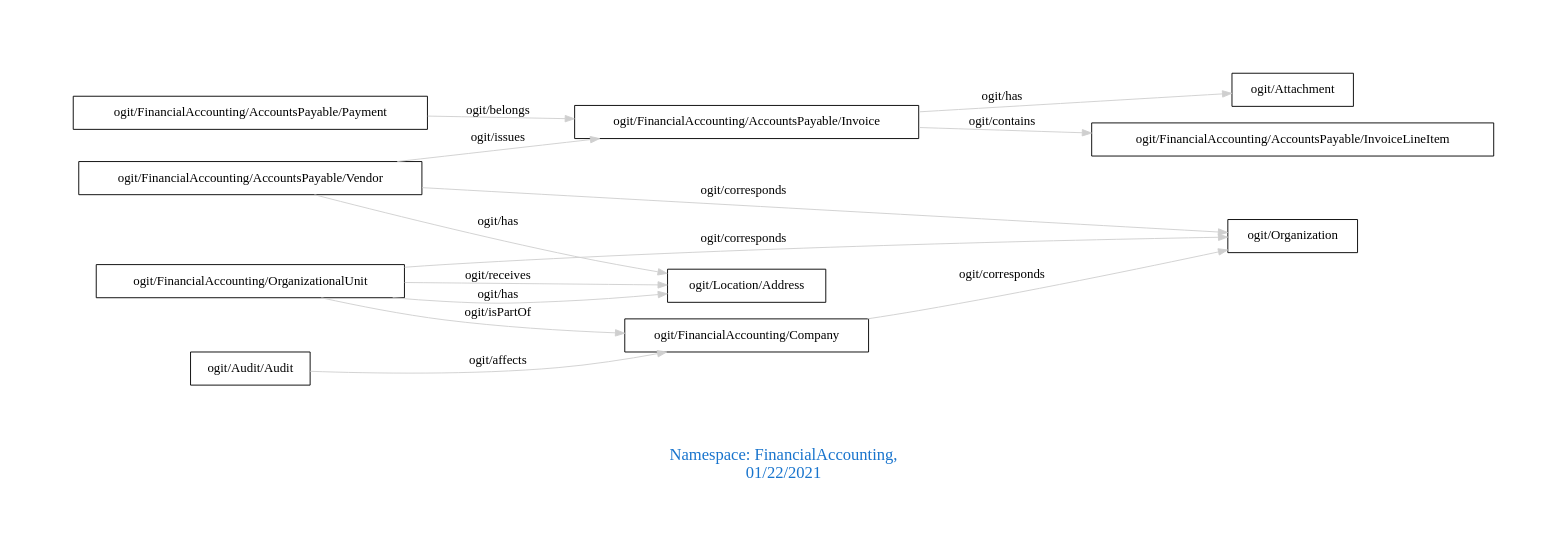
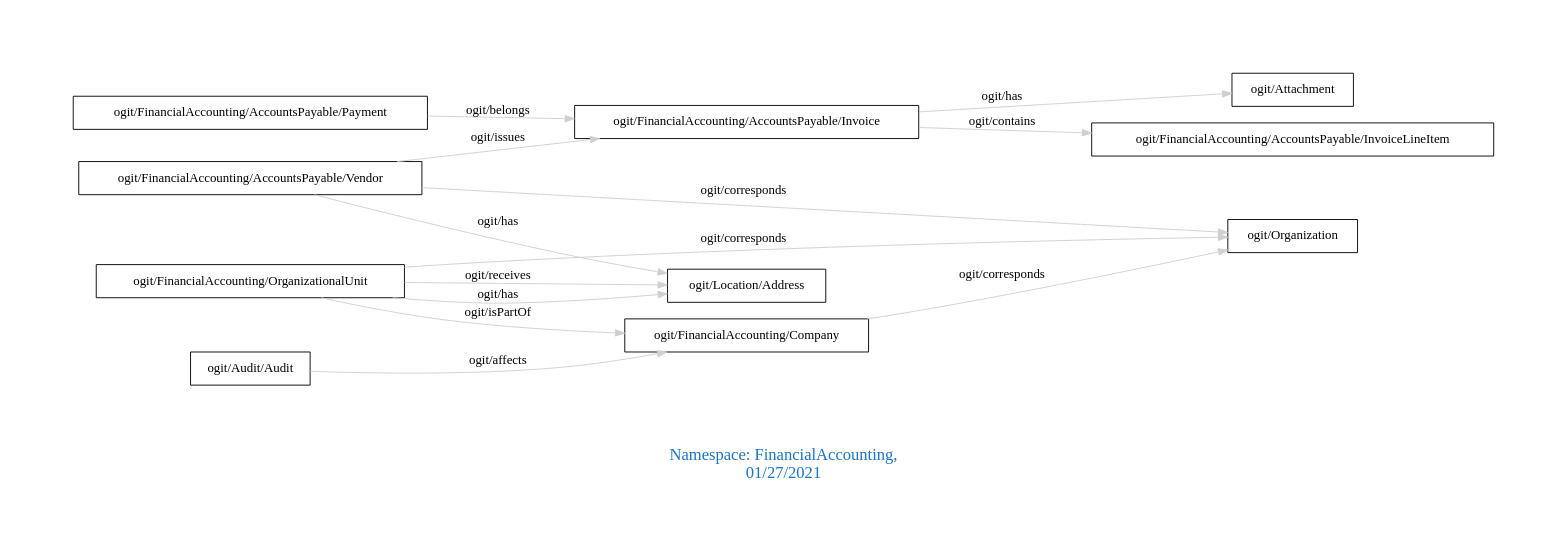
The diagram in downloads/FinancialAccounting.dot (arago/OGIT), drawn with Graphviz before and after one commit. The commit also changed 1838 other files, not shown here.

```diff
--- a/downloads/FinancialAccounting.dot
+++ b/downloads/FinancialAccounting.dot
@@ -1,20 +1,20 @@
 digraph OGIT_ontology {
  graph [ rankdir= LR,pad=1 
 fontsize = 18,
-fontcolor= dodgerblue3,label = "\n\n\nNamespace: FinancialAccounting, \n 01/22/2021"];
+fontcolor= dodgerblue3,label = "\n\n\nNamespace: FinancialAccounting, \n 01/27/2021"];
 node[shape=polygon];
 edge [  color="gray81"];
 
    "ogit/FinancialAccounting/AccountsPayable/Invoice" -> "ogit/FinancialAccounting/AccountsPayable/InvoiceLineItem" [label="   ogit/contains    "];
    "ogit/FinancialAccounting/AccountsPayable/Vendor" -> "ogit/Organization" [label="   ogit/corresponds    "];
    "ogit/FinancialAccounting/Company" -> "ogit/Organization" [label="   ogit/corresponds    "];
    "ogit/FinancialAccounting/OrganizationalUnit" -> "ogit/Organization" [label="   ogit/corresponds    "];
    "ogit/FinancialAccounting/AccountsPayable/Vendor" -> "ogit/FinancialAccounting/AccountsPayable/Invoice" [label="   ogit/issues    "];
    "ogit/Audit/Audit" -> "ogit/FinancialAccounting/Company" [label="   ogit/affects    "];
    "ogit/FinancialAccounting/AccountsPayable/Payment" -> "ogit/FinancialAccounting/AccountsPayable/Invoice" [label="   ogit/belongs    "];
    "ogit/FinancialAccounting/OrganizationalUnit" -> "ogit/Location/Address" [label="   ogit/receives    "];
    "ogit/FinancialAccounting/AccountsPayable/Invoice" -> "ogit/Attachment" [label="   ogit/has    "];
    "ogit/FinancialAccounting/AccountsPayable/Vendor" -> "ogit/Location/Address" [label="   ogit/has    "];
    "ogit/FinancialAccounting/OrganizationalUnit" -> "ogit/Location/Address" [label="   ogit/has    "];
    "ogit/FinancialAccounting/OrganizationalUnit" -> "ogit/FinancialAccounting/Company" [label="   ogit/isPartOf    "];
 }
```
